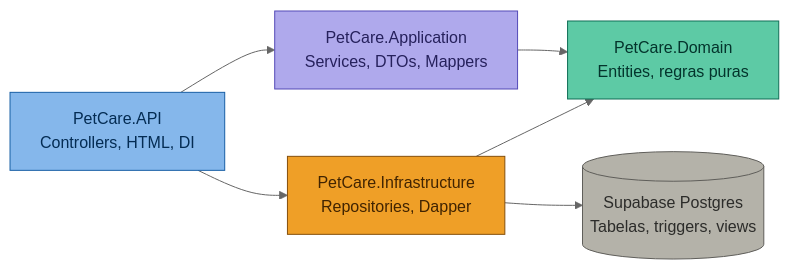
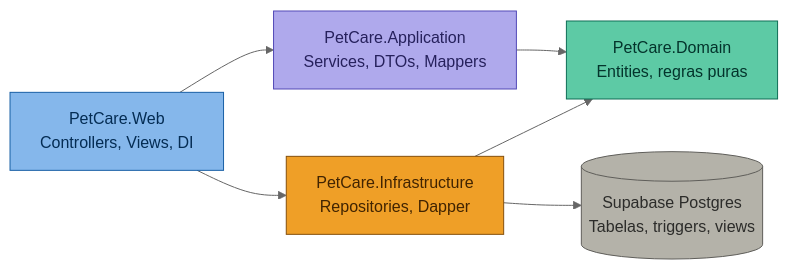
One commit to Asleyfe/PIM_UNIP_II changed the first of 4 diagrams in Docs/Arquitetura/ARQUITETURA.md. Above: the diagram before and after it, drawn with Mermaid (neutral theme). The commit also changed 9 other files, not shown here.

````diff
--- a/Docs/Arquitetura/ARQUITETURA.md
+++ b/Docs/Arquitetura/ARQUITETURA.md
@@ -32,20 +32,20 @@
 ```mermaid
 flowchart LR
-    API["PetCare.API<br/>Controllers, HTML, DI"]
+    WEB["PetCare.Web<br/>Controllers, Views, DI"]
     APP["PetCare.Application<br/>Services, DTOs, Mappers"]
     DOMAIN["PetCare.Domain<br/>Entities, regras puras"]
     INFRA["PetCare.Infrastructure<br/>Repositories, Dapper"]
     DB[("Supabase Postgres<br/>Tabelas, triggers, views")]
 
-    API --> APP
+    WEB --> APP
     APP --> DOMAIN
     INFRA --> DOMAIN
-    API --> INFRA
+    WEB --> INFRA
     INFRA --> DB
 
     style DOMAIN fill:#5DCAA5,stroke:#0F6E56,color:#04342C
-    style API fill:#85B7EB,stroke:#185FA5,color:#042C53
+    style WEB fill:#85B7EB,stroke:#185FA5,color:#042C53
     style APP fill:#AFA9EC,stroke:#534AB7,color:#26215C
     style INFRA fill:#EF9F27,stroke:#854F0B,color:#412402
     style DB fill:#B4B2A9,stroke:#5F5E5A,color:#2C2C2A
 ```
````
